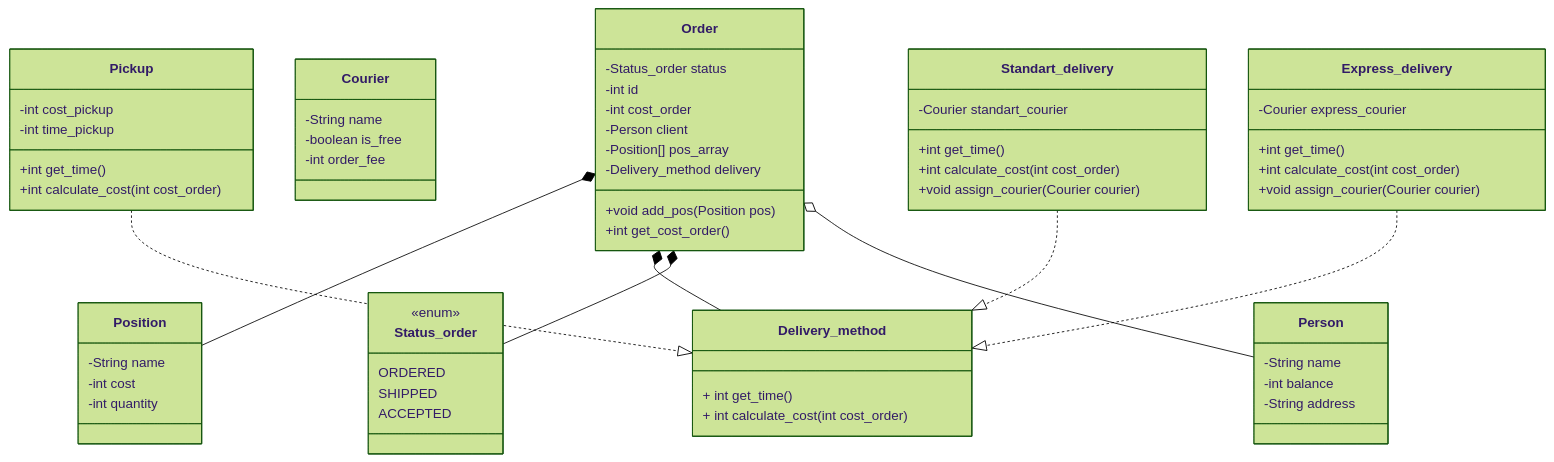
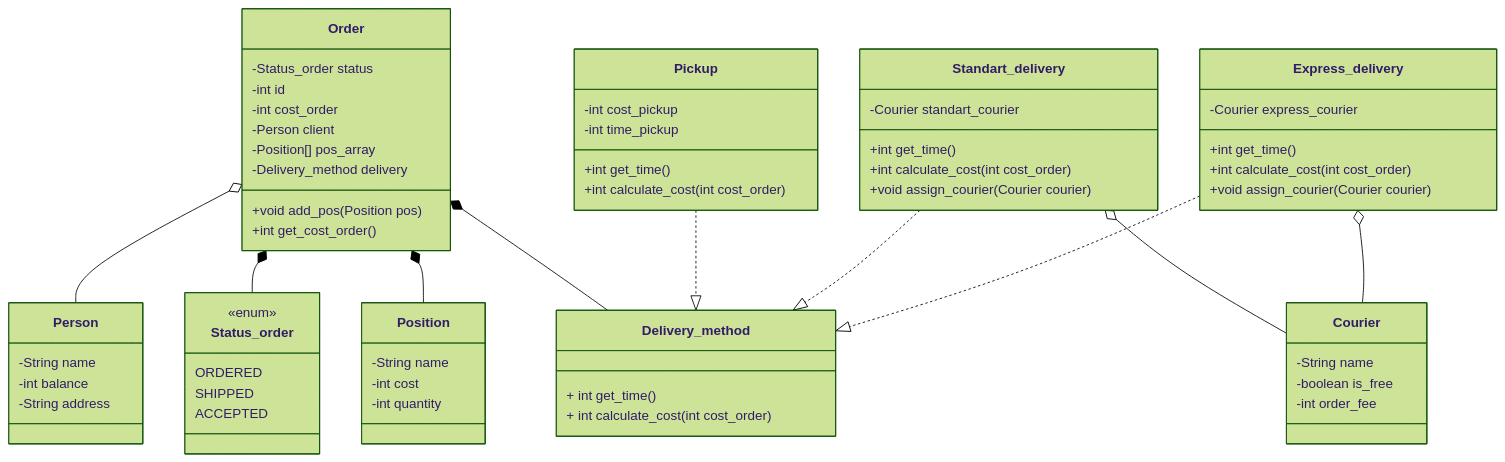
Before and after one commit to kirillkushaev2007-boop/Labaratory1: the diagram in README.md, drawn with Mermaid (forest theme).

Commit message:
Update README.md
Added new relationships

````diff
--- a/README.md
+++ b/README.md
@@ -1,79 +1,81 @@
 ```mermaid
 classDiagram
    %% Перечисление статусов (Statuses)
     class Status_order{
         <<enum>>
         ORDERED
         SHIPPED
         ACCEPTED
     }
     %% Позиция заказа (Position)
     class Position{
         -String name
         -int cost
         -int quantity
    }
    %% Клиент (Person)
    class Person{
        -String name
        -int balance
        -String address
    }
    %% Заказ (Order)
    class Order {
       -Status_order status
       -int id
       -int cost_order
       -Person client
       -Position[] pos_array
       -Delivery_method delivery
       +void add_pos(Position pos)
          %%Добавляет позицию в заказ
       +int get_cost_order()
          %%Считает стоимость всего заказа
    }
    %% Курьер (Courier)
    class Courier {
       -String name
       -boolean is_free
          %%Статус незанятости (true-свободен, false-занят)
       -int order_fee
          %%Зарплата за заказ
    }
    %% Интерфейс доставки (Delivery_method)
    class Delivery_method {
       + int get_time()
       + int calculate_cost (int cost_order)
    }
    %% Самовывоз (Pickup)
    class Pickup{
       -int cost_pickup
       -int time_pickup
       +int get_time()
       +int calculate_cost (int cost_order)
    }
    %% Стандартная доставка (Standart_delivery)
    class Standart_delivery {
       -Courier standart_courier
          %% Изначально может быть null
       +int get_time()
       +int calculate_cost (int cost_order)
       +void assign_courier(Courier courier)
    }
     %% Экспресс доставка (Express_delivery)
    class Express_delivery {
       -Courier express_courier
          %% Изначально может быть null
       +int get_time()
       +int calculate_cost (int cost_order)
       +void assign_courier(Courier courier)
    }
 
    Order *-- Position
    Order *-- Delivery_method
    Order *-- Status_order
    Order o-- Person
    Pickup ..|> Delivery_method
    Standart_delivery ..|> Delivery_method
    Express_delivery ..|> Delivery_method
+   Standart_delivery o-- Courier
+   Express_delivery o-- Courier
 ```
````
